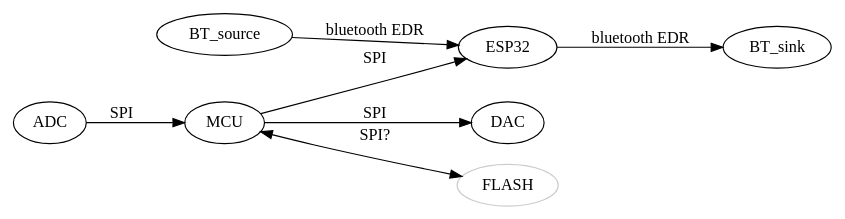
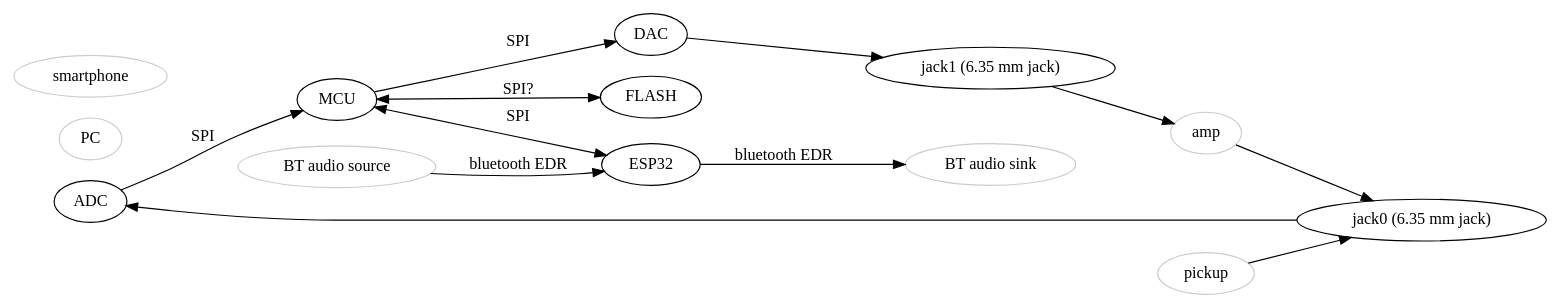
The diagram in graph/block.dot (chuck1/bluetooth_audio_source), drawn with Graphviz before and after one commit. The commit also changed 1 other file, not shown here.

```diff
--- a/graph/block.dot
+++ b/graph/block.dot
@@ -1,22 +1,39 @@
 digraph
 {
 	rankdir=LR;	
 
 	ADC
 	MCU
 	ESP32
 	DAC
-	BT_source
-	BT_sink
-	FLASH [color="#cccccc"];
-		
+	FLASH
+	JACK0 [label="jack0 (6.35 mm jack)"];
+	JACK1 [label="jack1 (6.35 mm jack)"];
+
+	PICKUP [label="pickup"; color="#cccccc"];
+	AMP [label="amp"; color="#cccccc"];
+	BT_sink [label="BT audio sink"; color="#cccccc"];
+	BT_source [label="BT audio source"; color="#cccccc"];
+	PC [label="PC"; color="#cccccc"];
+	SMARTPHONE [label="smartphone"; color="#cccccc"];
+
 	ADC -> MCU [label="SPI"];
-	MCU -> ESP32 [label="SPI"];
 	MCU -> DAC [label="SPI"];
+
+	MCU -> ESP32 [label="SPI";dir=both];
 	MCU -> FLASH [label="SPI?";dir=both];
-
-	ESP32 -> BT_sink [label="bluetooth EDR"]
+	
+	// IN
 	BT_source -> ESP32 [label="bluetooth EDR"]
 	
+	PICKUP -> JACK0
+	AMP -> JACK0
+	JACK0 -> ADC
+	
+	// OUT
+	ESP32 -> BT_sink [label="bluetooth EDR"]
+	DAC -> JACK1 -> AMP
+	
+
 	
 }
```
